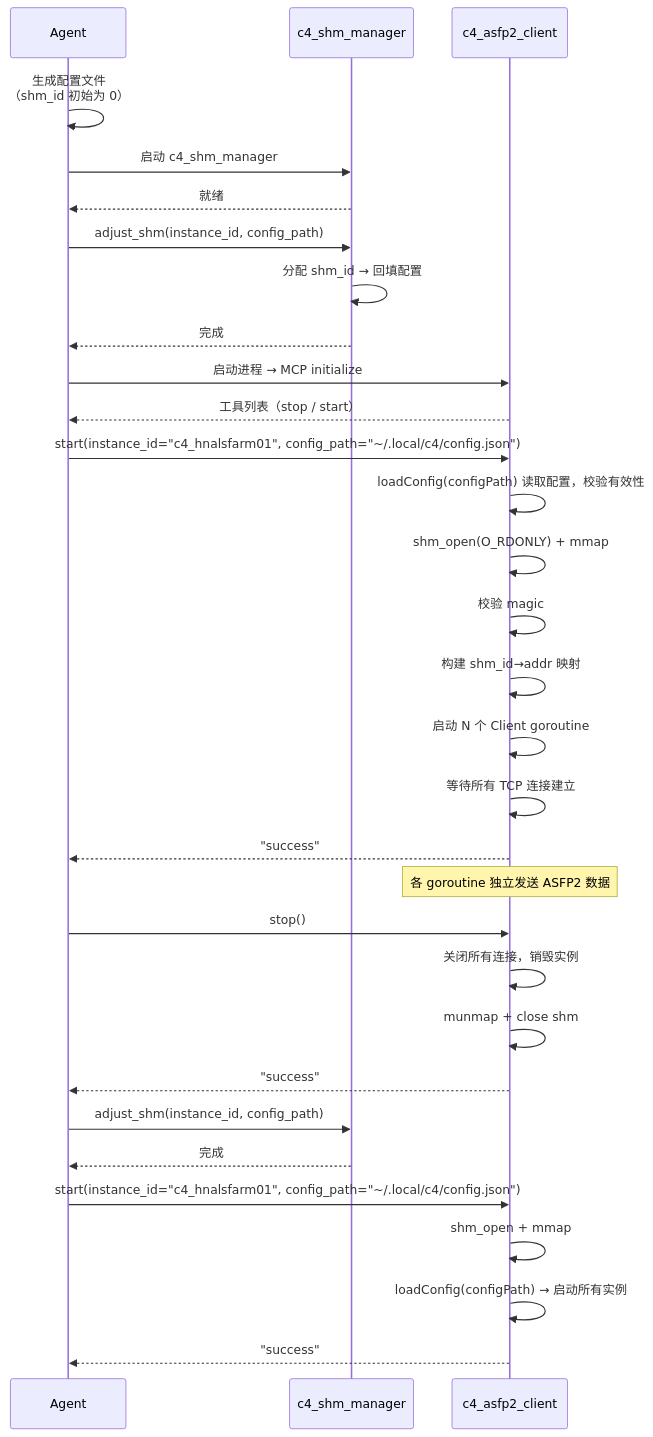
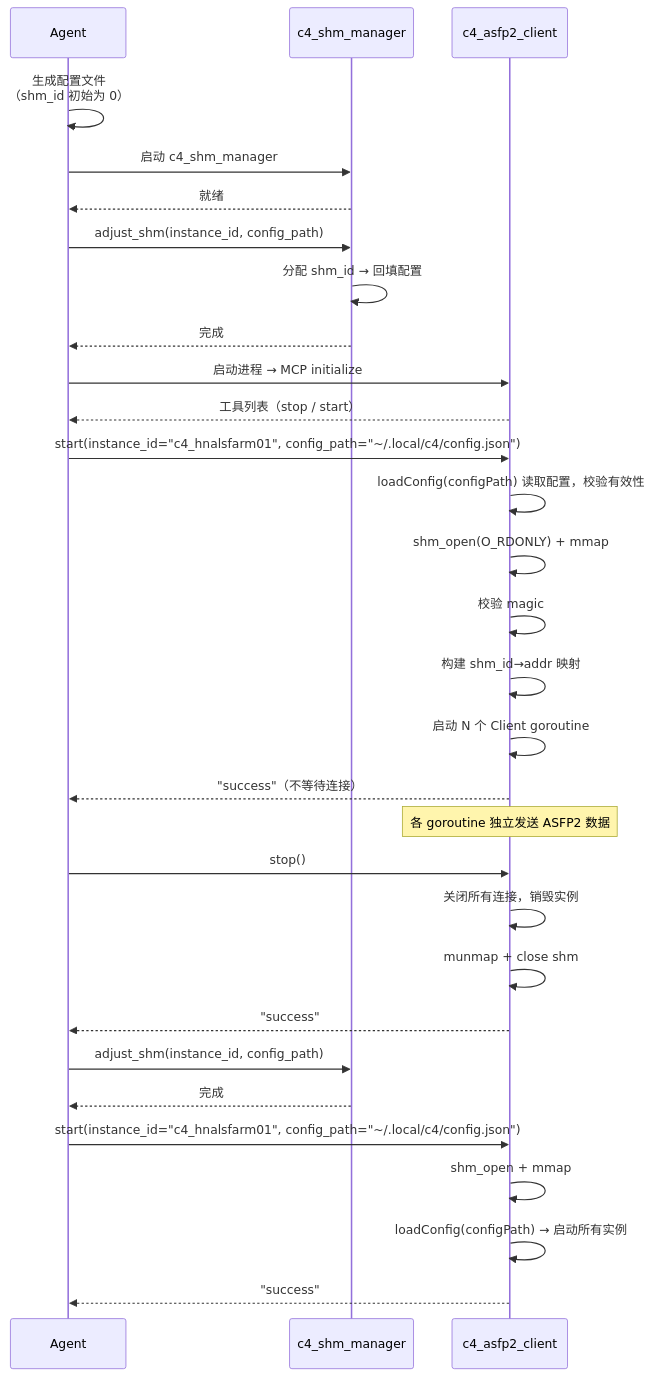
One commit to activesys/c4 changed the second of 3 diagrams in docs/design/c4_asfp2_client.md. Above: the diagram before and after it, drawn with Mermaid. The commit also changed other lines of this file and 2 other files, not shown here.

````diff
--- a/docs/design/c4_asfp2_client.md
+++ b/docs/design/c4_asfp2_client.md
@@ -221,38 +220,37 @@
 ```mermaid
 sequenceDiagram
     participant A as Agent
     participant SM as c4_shm_manager
     participant C as c4_asfp2_client
 
     A->>A: 生成配置文件<br/>（shm_id 初始为 0）
     A->>SM: 启动 c4_shm_manager
     SM-->>A: 就绪
     A->>SM: adjust_shm(instance_id, config_path)
     SM->>SM: 分配 shm_id → 回填配置
     SM-->>A: 完成
 
     A->>C: 启动进程 → MCP initialize
     C-->>A: 工具列表（stop / start）
 
     A->>C: start(instance_id="c4_hnalsfarm01", config_path="~/.local/c4/config.json")
     C->>C: loadConfig(configPath) 读取配置，校验有效性
     C->>C: shm_open(O_RDONLY) + mmap
     C->>C: 校验 magic
     C->>C: 构建 shm_id→addr 映射
     C->>C: 启动 N 个 Client goroutine
-    C->>C: 等待所有 TCP 连接建立
-    C-->>A: "success"
+    C-->>A: "success"（不等待连接）
 
     Note over C: 各 goroutine 独立发送 ASFP2 数据
 
     A->>C: stop()
     C->>C: 关闭所有连接，销毁实例
     C->>C: munmap + close shm
     C-->>A: "success"
     A->>SM: adjust_shm(instance_id, config_path)
     SM-->>A: 完成
     A->>C: start(instance_id="c4_hnalsfarm01", config_path="~/.local/c4/config.json")
     C->>C: shm_open + mmap
     C->>C: loadConfig(configPath) → 启动所有实例
     C-->>A: "success"
 ```
````
